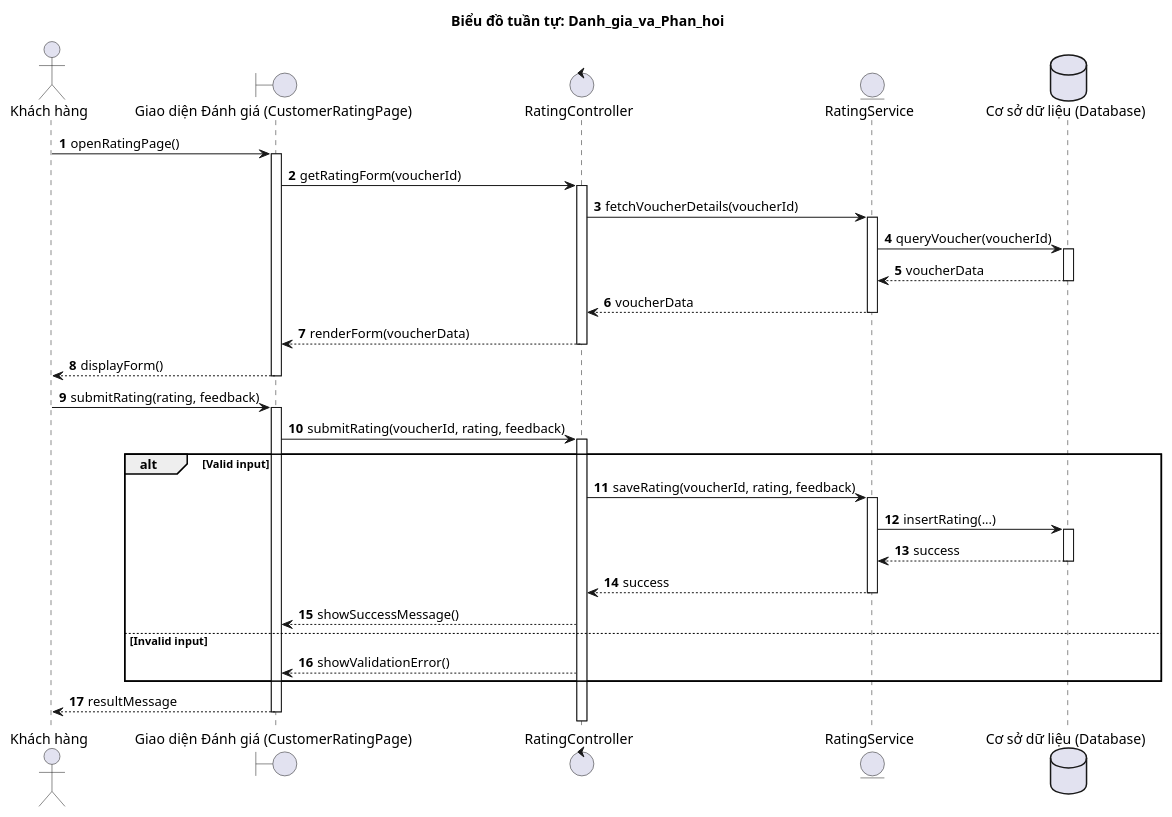
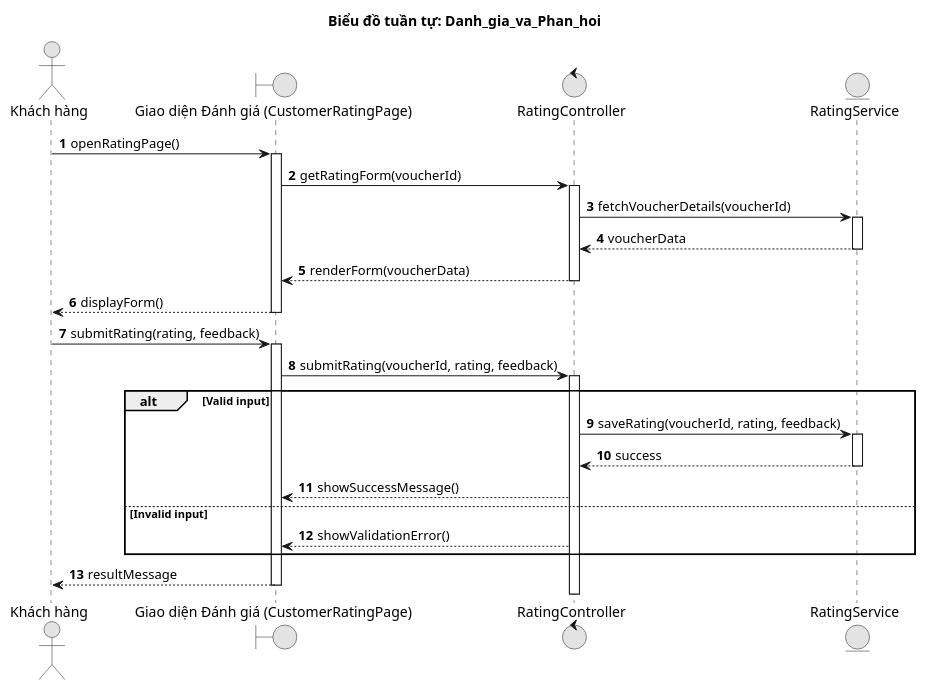
Before and after one commit to Ngo-The-Dat/e-voucher-system: the diagram in doc/sequence/KhachHang/SQ5_Danh_gia_va_Phan_hoi.wsd, drawn with PlantUML. The commit also changed 3 other files, not shown here.

Commit message:
docs: add sequence diagrams for customer rating, voucher management, cart operations, and order creation

```diff
--- a/doc/sequence/KhachHang/SQ5_Danh_gia_va_Phan_hoi.wsd
+++ b/doc/sequence/KhachHang/SQ5_Danh_gia_va_Phan_hoi.wsd
@@ -1,47 +1,41 @@
 @startuml
 title Biểu đồ tuần tự: Danh_gia_va_Phan_hoi
 
 autonumber
+skinparam monochrome true
+skinparam shadowing false
+
 actor "Khách hàng" as KH
 boundary "Giao diện Đánh giá (CustomerRatingPage)" as UI
 control "RatingController" as Controller
 entity "RatingService" as Service
-database "Cơ sở dữ liệu (Database)" as DB
 
 KH -> UI : openRatingPage()
 activate UI
 UI -> Controller : getRatingForm(voucherId)
 activate Controller
 Controller -> Service : fetchVoucherDetails(voucherId)
 activate Service
-Service -> DB : queryVoucher(voucherId)
-activate DB
-DB --> Service : voucherData
-deactivate DB
 Service --> Controller : voucherData
 deactivate Service
 Controller --> UI : renderForm(voucherData)
 deactivate Controller
 UI --> KH : displayForm()
 deactivate UI
 
 KH -> UI : submitRating(rating, feedback)
 activate UI
 UI -> Controller : submitRating(voucherId, rating, feedback)
 activate Controller
 alt Valid input
     Controller -> Service : saveRating(voucherId, rating, feedback)
     activate Service
-    Service -> DB : insertRating(...)
-    activate DB
-    DB --> Service : success
-    deactivate DB
     Service --> Controller : success
     deactivate Service
     Controller --> UI : showSuccessMessage()
 else Invalid input
     Controller --> UI : showValidationError()
 end
 UI --> KH : resultMessage
 deactivate UI
 @enduml
```
